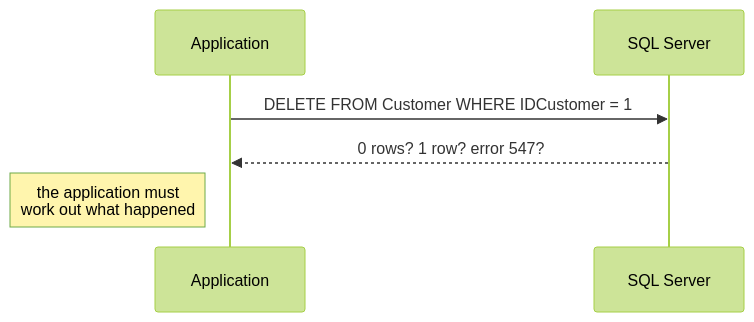
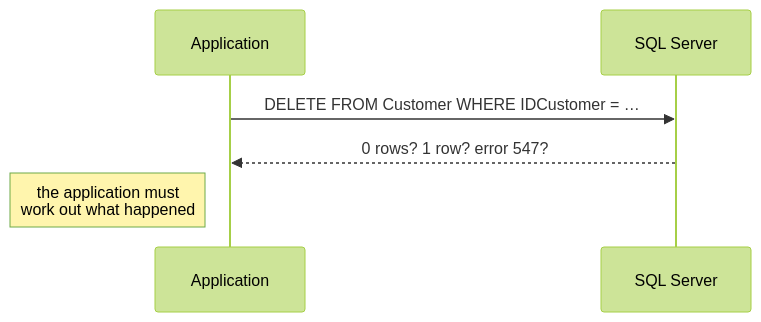
Before and after one commit to tjovic/database-design-labs-public: the first of 5 diagrams in labs/lab07-crud-operations.md, drawn with Mermaid (forest theme). The commit also changed other lines of this file, not shown here.

````diff
--- a/labs/lab07-crud-operations.md
+++ b/labs/lab07-crud-operations.md
@@ -70,8 +75,8 @@
 ```mermaid
 sequenceDiagram
     participant A as Application
     participant DB as SQL Server
-    A->>DB: DELETE FROM Customer WHERE IDCustomer = 1
+    A->>DB: DELETE FROM Customer WHERE IDCustomer = …
     DB-->>A: 0 rows? 1 row? error 547?
     Note left of A: the application must<br/>work out what happened
 ```
````
